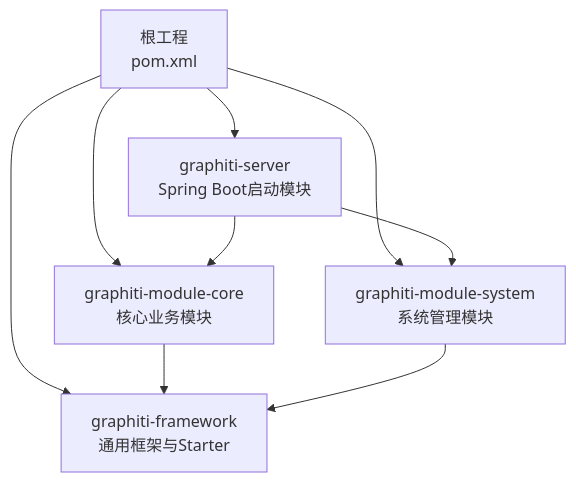
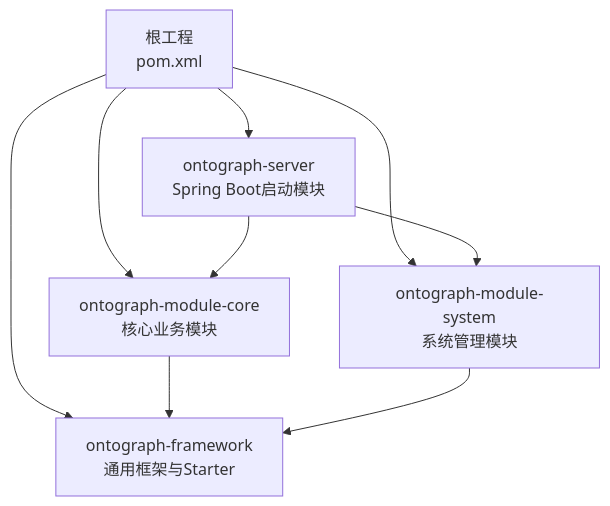
Before and after one commit to joezxh/graphiti-java: the first of 4 diagrams in docs/manual/开发指南/代码规范/Git工作流程.md, drawn with Mermaid. The commit also changed other lines of this file and 200 other files, not shown here.

````diff
--- a/docs/manual/开发指南/代码规范/Git工作流程.md
+++ b/docs/manual/开发指南/代码规范/Git工作流程.md
@@ -33,11 +33,11 @@
 ```mermaid
 graph TB
-A["根工程<br/>pom.xml"] --> B["graphiti-framework<br/>通用框架与Starter"]
-A --> C["graphiti-module-system<br/>系统管理模块"]
-A --> D["graphiti-module-core<br/>核心业务模块"]
-A --> E["graphiti-server<br/>Spring Boot启动模块"]
+A["根工程<br/>pom.xml"] --> B["ontograph-framework<br/>通用框架与Starter"]
+A --> C["ontograph-module-system<br/>系统管理模块"]
+A --> D["ontograph-module-core<br/>核心业务模块"]
+A --> E["ontograph-server<br/>Spring Boot启动模块"]
 E --> D
 E --> C
 D --> B
 C --> B
 ```
````
